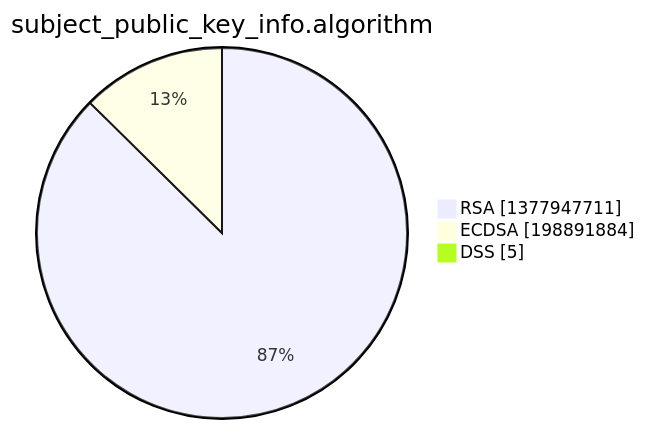
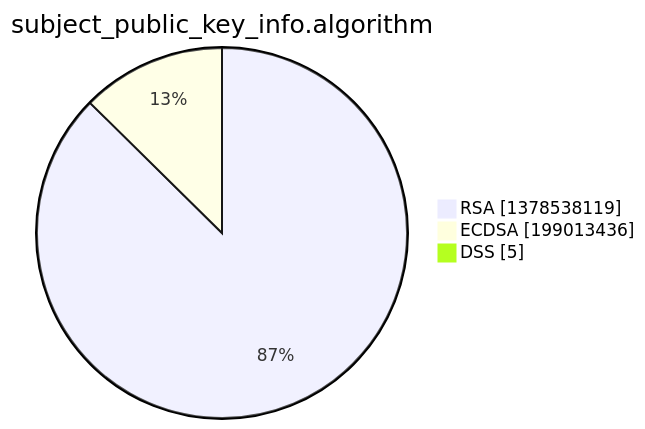
One commit to christiankrug/ctmonitor_visualization changed the third of 15 diagrams in xenon2022/README.md. Above: the diagram before and after it, drawn with Mermaid. The commit also changed other lines of this file, not shown here.

````diff
--- a/xenon2022/README.md
+++ b/xenon2022/README.md
@@ -14,7 +14,7 @@
 ```mermaid
 pie showData
 title subject_public_key_info.algorithm
-"RSA" :1377947711
-"ECDSA" :198891884
+"RSA" :1378538119
+"ECDSA" :199013436
 "DSS" :5
 ```
````
